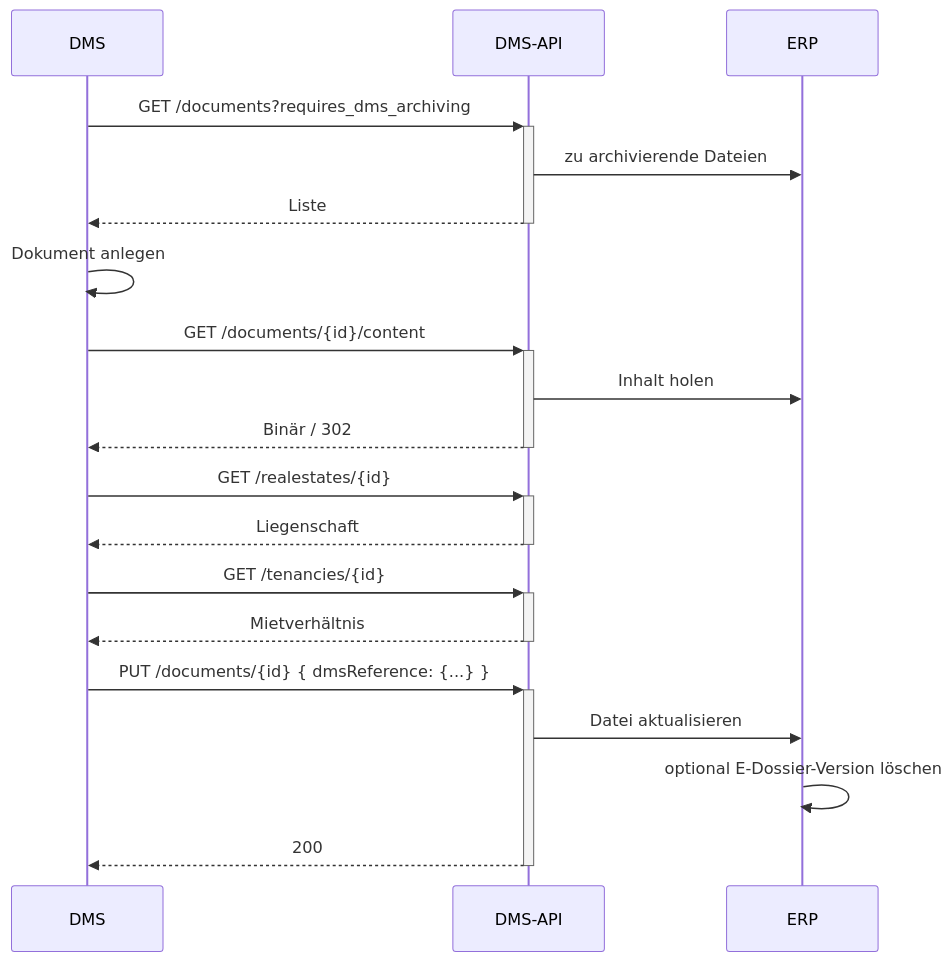
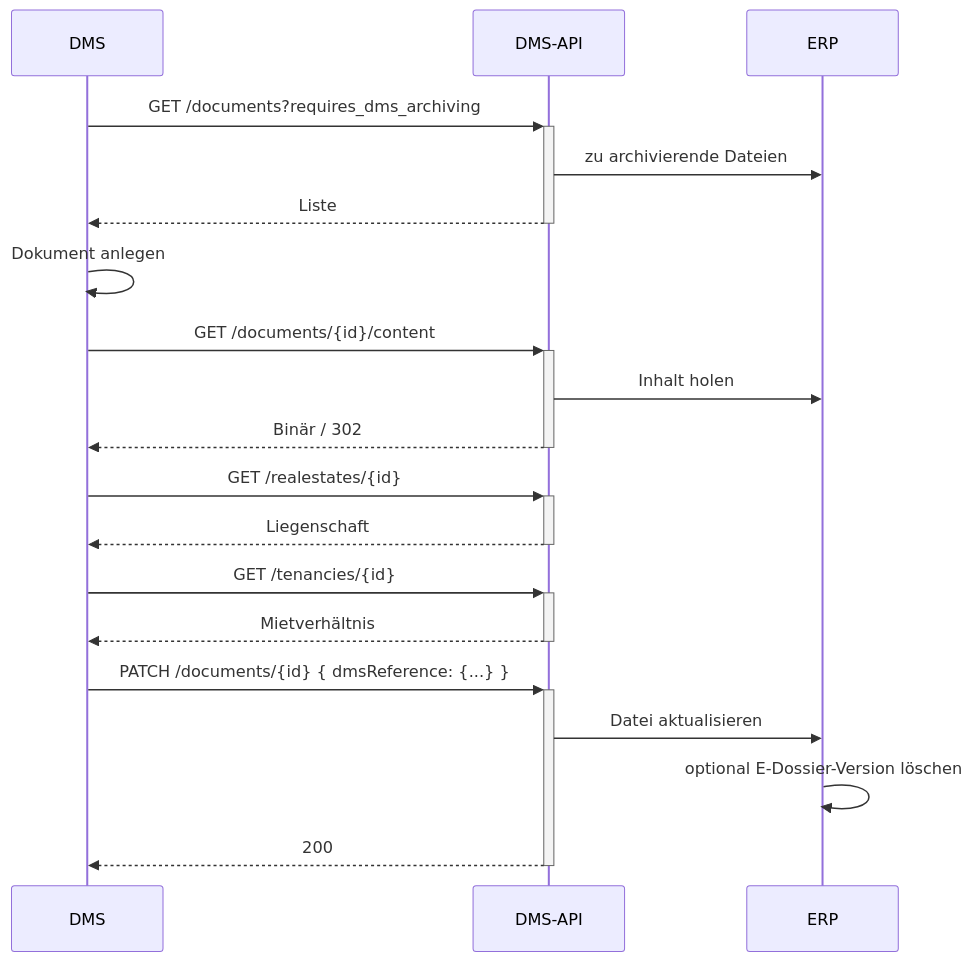
Before and after one commit to wwimmo/ww-dms-api: the diagram in docs/2-anleitungen/3-dokument-archivieren.md, drawn with Mermaid. The commit also changed other lines of this file and 6 other files, not shown here.

````diff
--- a/docs/2-anleitungen/3-dokument-archivieren.md
+++ b/docs/2-anleitungen/3-dokument-archivieren.md
@@ -52,21 +59,21 @@
 ```mermaid
 sequenceDiagram
   participant DMS
   participant API as DMS-API
   participant ERP
   DMS->>+API: GET /documents?requires_dms_archiving
   API->>ERP: zu archivierende Dateien
   API-->>-DMS: Liste
   DMS->>DMS: Dokument anlegen
   DMS->>+API: GET /documents/{id}/content
   API->>ERP: Inhalt holen
   API-->>-DMS: Binär / 302
   DMS->>+API: GET /realestates/{id}
   API-->>-DMS: Liegenschaft
   DMS->>+API: GET /tenancies/{id}
   API-->>-DMS: Mietverhältnis
-  DMS->>+API: PUT /documents/{id} { dmsReference: {...} }
+  DMS->>+API: PATCH /documents/{id} { dmsReference: {...} }
   API->>ERP: Datei aktualisieren
   ERP->>ERP: optional E-Dossier-Version löschen
   API-->>-DMS: 200
 ```
````
